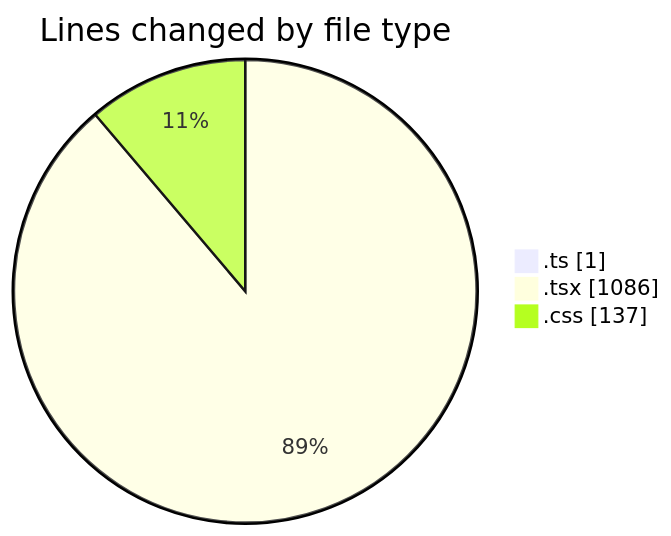
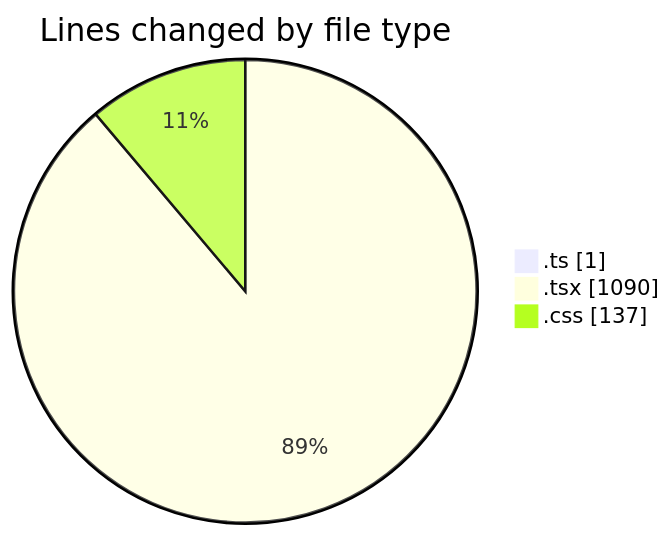
One commit to robertbonfada/code-tracking changed the first of 2 diagrams in 2025-01-31/audiobooks-web/README.md. Above: the diagram before and after it, drawn with Mermaid. The commit also changed other lines of this file and 1 other file, not shown here.

````diff
--- a/2025-01-31/audiobooks-web/README.md
+++ b/2025-01-31/audiobooks-web/README.md
@@ -27,7 +27,7 @@
 ```mermaid
 pie showData
 title Lines changed by file type
 ".ts" : 1
-".tsx" : 1086
+".tsx" : 1090
 ".css" : 137
 ```
````
